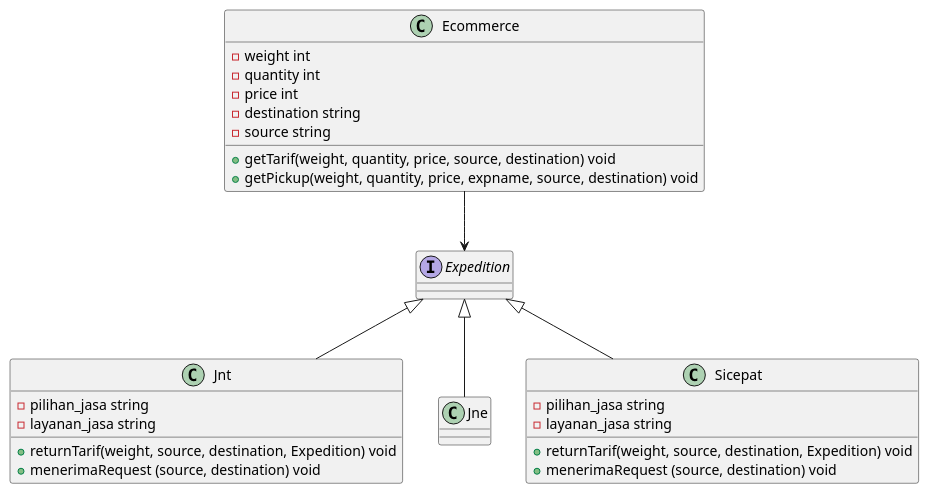
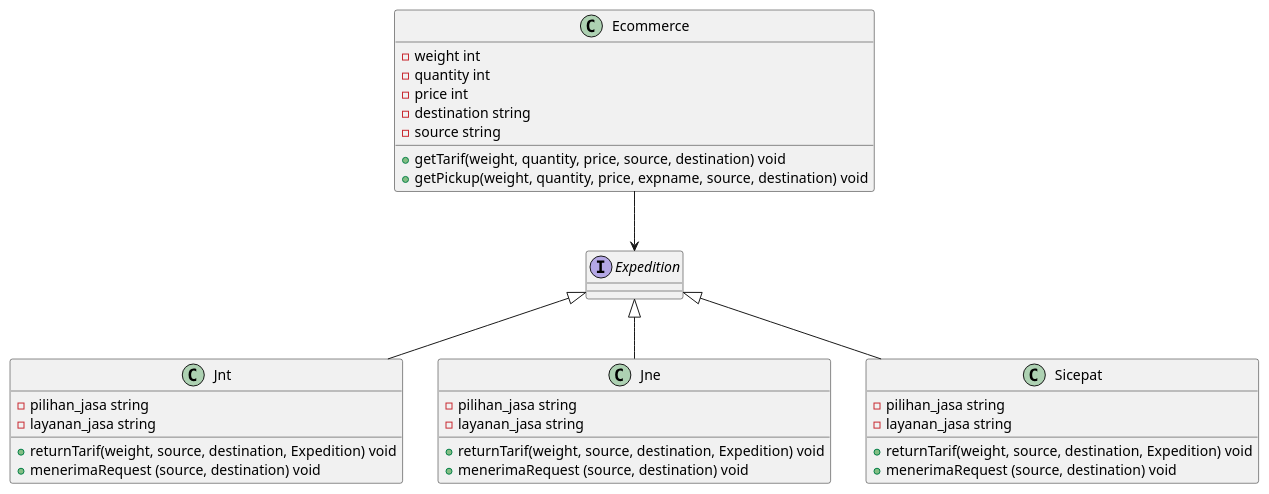
Before and after one commit to farhanzakiputra/pbpu-a-2022: the diagram in Kelompok 3/main.puml, drawn with PlantUML.

Commit message:
Update main.puml
Penambahan atribut pada class Jne

```diff
--- a/Kelompok 3/main.puml
+++ b/Kelompok 3/main.puml
@@ -1,42 +1,45 @@
 @startuml Main
 
 Ecommerce --> Expedition
 Expedition <|-- Jnt
 Expedition <|-- Jne
 Expedition <|-- Sicepat
 class Ecommerce {
     - weight int
     - quantity int
     - price int
     - destination string
     - source string
     + getTarif(weight, quantity, price, source, destination) void
     + getPickup(weight, quantity, price, expname, source, destination) void
 }
 
 interface Expedition {
 /' #TODO: Populate '/
 }
 
 class Jne {
-/' #TODO: Populate '/
+    - pilihan_jasa string
+    - layanan_jasa string
+    + returnTarif(weight, source, destination, Expedition) void
+    + menerimaRequest (source, destination) void
 }
 
 class Jnt {
     - pilihan_jasa string
     - layanan_jasa string
     + returnTarif(weight, source, destination, Expedition) void
     + menerimaRequest (source, destination) void
 }
 
 class Sicepat {
     - pilihan_jasa string
     - layanan_jasa string
     + returnTarif(weight, source, destination, Expedition) void
     + menerimaRequest (source, destination) void
 }
 
 
 
 
 @enduml
```
